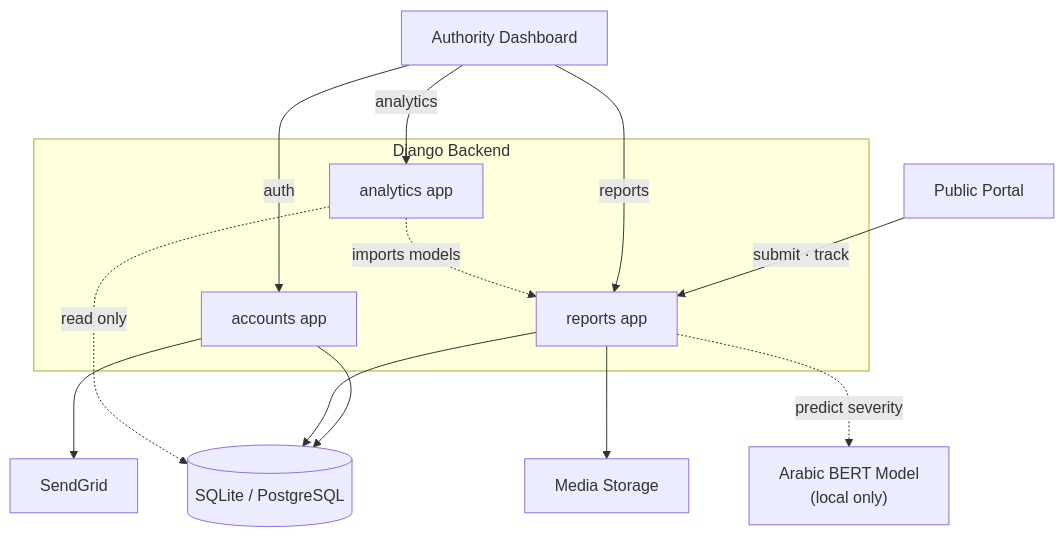
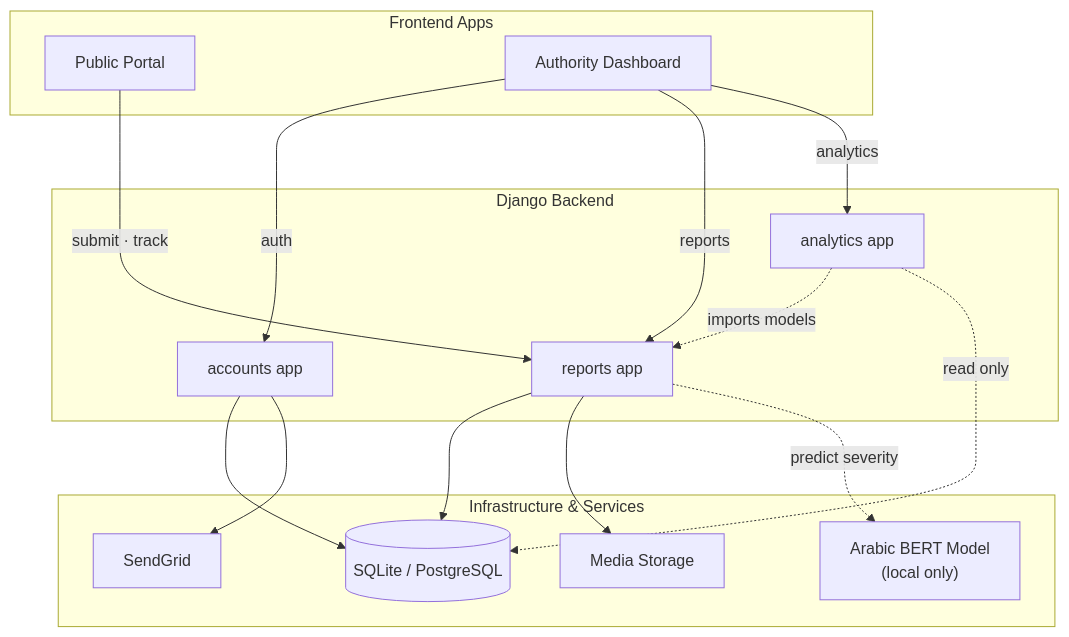
The first of 2 diagrams in test.md (salmakhalill/Python-Sec-Sandbox), drawn with Mermaid before and after one commit.

````diff
--- a/test.md
+++ b/test.md
@@ -22,39 +22,45 @@
 ```mermaid
 flowchart TD
+
     %% Frontends
-    P["Public Portal"]
-    D["Authority Dashboard"]
+    subgraph F["Frontend Apps"]
+        P["Public Portal"]
+        D["Authority Dashboard"]
+    end
 
     %% Backend
     subgraph B["Django Backend"]
         AC["accounts app"]
         R["reports app"]
         AN["analytics app"]
     end
 
-    %% Services
-    DB[("SQLite / PostgreSQL")]
-    SG["SendGrid"]
-    ML["Arabic BERT Model<br/>(local only)"]
-    MED["Media Storage"]
+    %% Infrastructure
+    subgraph I["Infrastructure & Services"]
+        DB[("SQLite / PostgreSQL")]
+        MED["Media Storage"]
+        SG["SendGrid"]
+        ML["Arabic BERT Model<br/>(local only)"]
+    end
 
-    %% Frontend flows
+    %% Public portal
     P -->|"submit · track"| R
 
+    %% Dashboard
     D -->|"auth"| AC
     D -->|"reports"| R
     D -->|"analytics"| AN
 
     %% Internal dependency
     AN -.->|"imports models"| R
 
-    %% Infrastructure
+    %% Backend connections
     AC --> DB
     AC --> SG
 
     R --> DB
     R --> MED
     R -.->|"predict severity"| ML
 
     AN -.->|"read only"| DB
 ```
````
